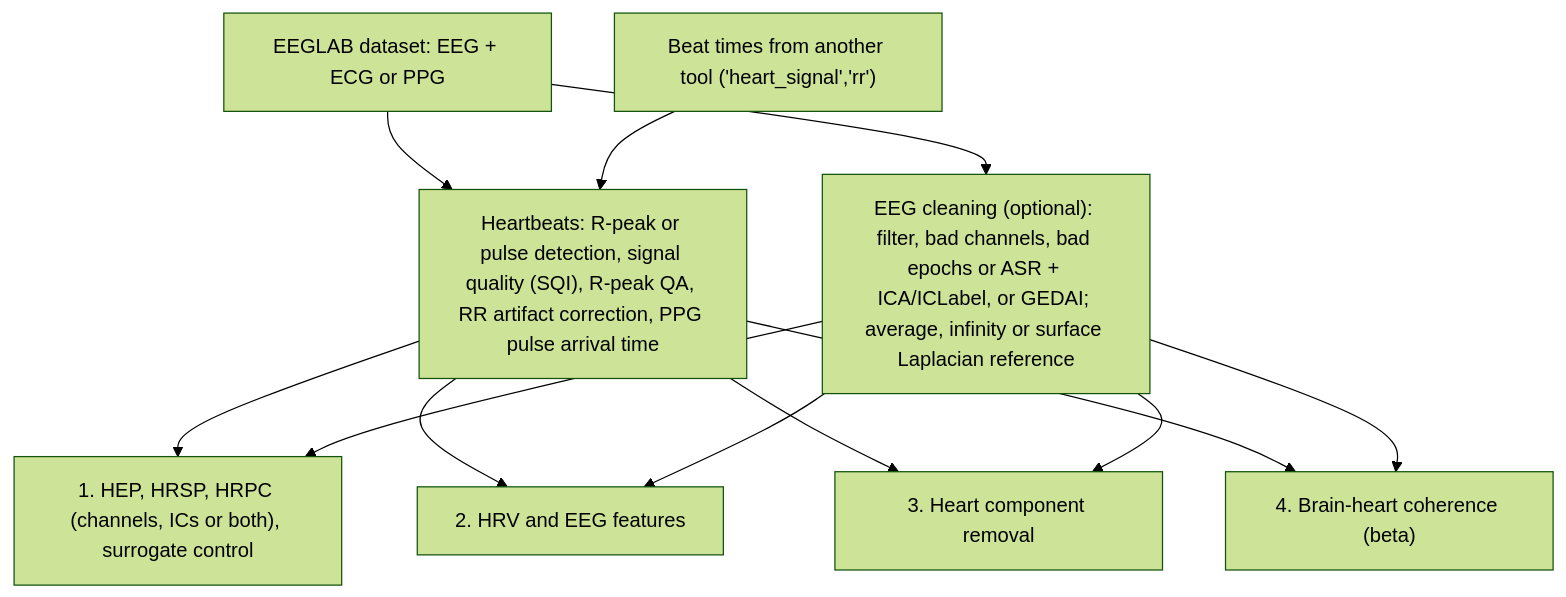
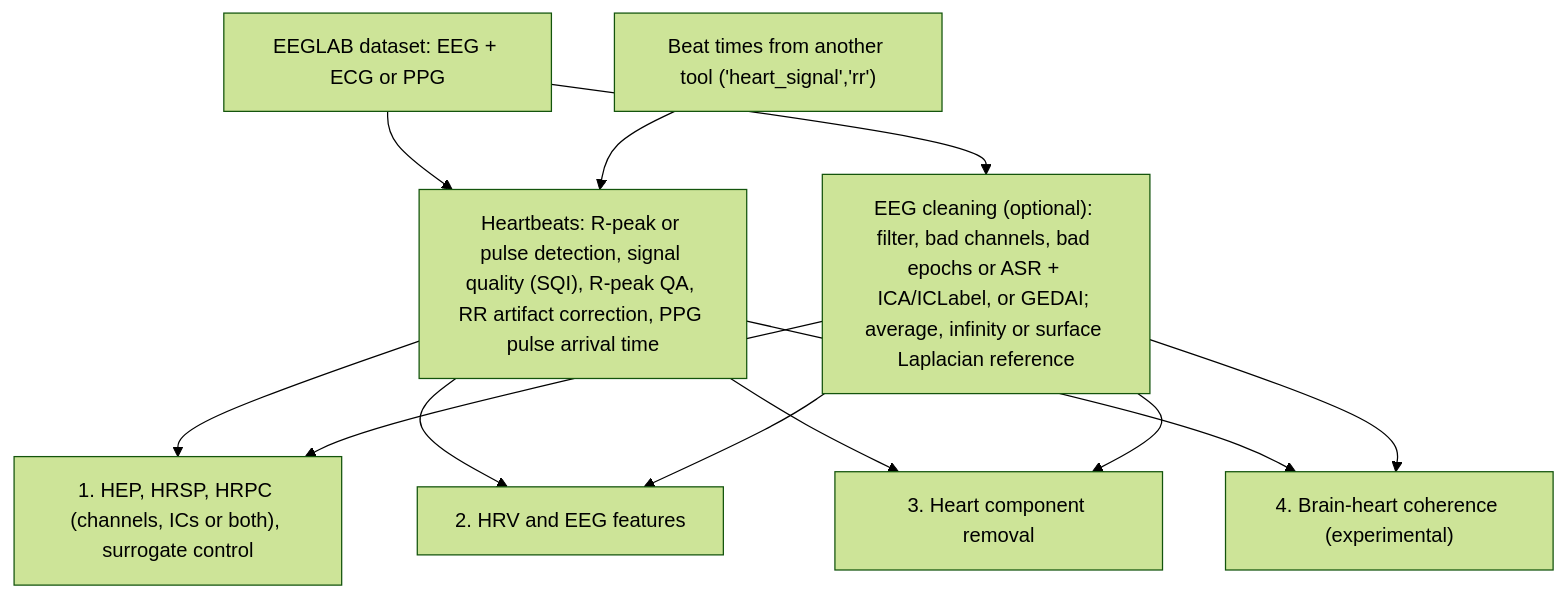
One commit to amisepa/BrainBeats changed the diagram in README.md. Above: the diagram before and after it, drawn with Mermaid (forest theme). The commit also changed other lines of this file and 21 other files, not shown here.

````diff
--- a/README.md
+++ b/README.md
@@ -56,14 +61,14 @@
 ```mermaid
 flowchart TD
     D["EEGLAB dataset: EEG + ECG or PPG"] --> H["Heartbeats: R-peak or pulse detection, signal quality (SQI), R-peak QA, RR artifact correction, PPG pulse arrival time"]
     R["Beat times from another tool ('heart_signal','rr')"] --> H
     D --> C["EEG cleaning (optional): filter, bad channels, bad epochs or ASR + ICA/ICLabel, or GEDAI; average, infinity or surface Laplacian reference"]
     H --> M1["1. HEP, HRSP, HRPC (channels, ICs or both), surrogate control"]
     C --> M1
     H --> M2["2. HRV and EEG features"]
     C --> M2
     H --> M3["3. Heart component removal"]
     C --> M3
-    H --> M4["4. Brain-heart coherence (beta)"]
+    H --> M4["4. Brain-heart coherence (experimental)"]
     C --> M4
 ```
````
